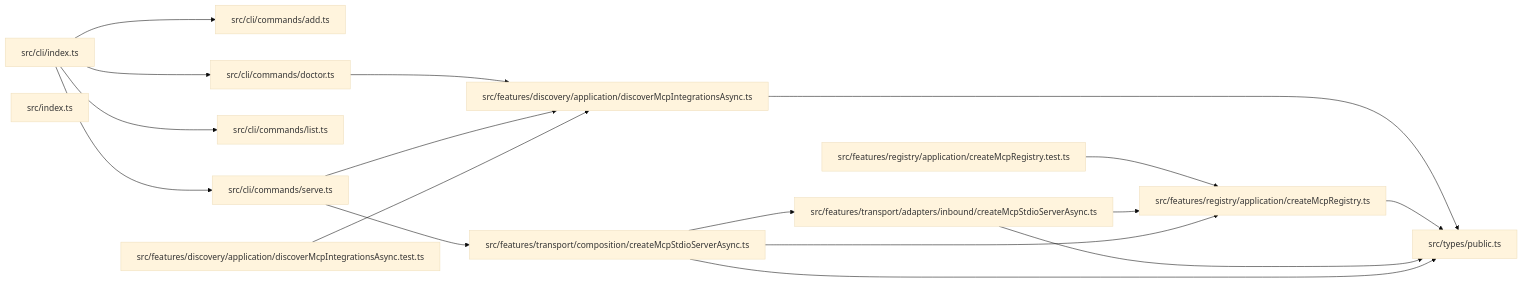
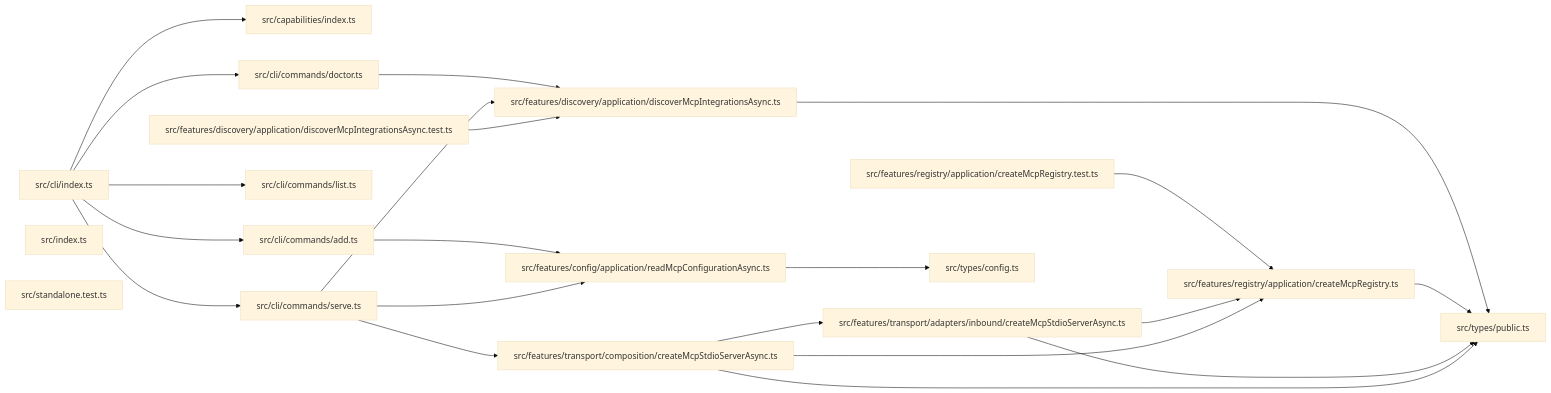
Before and after one commit to ankhorage/mcp: the diagram in paradox/diagrams/module-relationships.mmd, drawn with Mermaid (base theme). The commit also changed 12 other files, not shown here.

```diff
--- a/paradox/diagrams/module-relationships.mmd
+++ b/paradox/diagrams/module-relationships.mmd
@@ -1,30 +1,38 @@
 graph LR
+  module_src_capabilities_index_ts["src/capabilities/index.ts"]
   module_src_cli_commands_add_ts["src/cli/commands/add.ts"]
   module_src_cli_commands_doctor_ts["src/cli/commands/doctor.ts"]
   module_src_cli_commands_list_ts["src/cli/commands/list.ts"]
   module_src_cli_commands_serve_ts["src/cli/commands/serve.ts"]
   module_src_cli_index_ts["src/cli/index.ts"]
+  module_src_features_config_application_readMcpConfigurationAsync_ts["src/features/config/application/readMcpConfigurationAsync.ts"]
   module_src_features_discovery_application_discoverMcpIntegrationsAsync_test_ts["src/features/discovery/application/discoverMcpIntegrationsAsync.test.ts"]
   module_src_features_discovery_application_discoverMcpIntegrationsAsync_ts["src/features/discovery/application/discoverMcpIntegrationsAsync.ts"]
   module_src_features_registry_application_createMcpRegistry_test_ts["src/features/registry/application/createMcpRegistry.test.ts"]
   module_src_features_registry_application_createMcpRegistry_ts["src/features/registry/application/createMcpRegistry.ts"]
   module_src_features_transport_adapters_inbound_createMcpStdioServerAsync_ts["src/features/transport/adapters/inbound/createMcpStdioServerAsync.ts"]
   module_src_features_transport_composition_createMcpStdioServerAsync_ts["src/features/transport/composition/createMcpStdioServerAsync.ts"]
   module_src_index_ts["src/index.ts"]
+  module_src_standalone_test_ts["src/standalone.test.ts"]
+  module_src_types_config_ts["src/types/config.ts"]
   module_src_types_public_ts["src/types/public.ts"]
+  module_src_cli_commands_add_ts --> module_src_features_config_application_readMcpConfigurationAsync_ts
   module_src_cli_commands_doctor_ts --> module_src_features_discovery_application_discoverMcpIntegrationsAsync_ts
+  module_src_cli_commands_serve_ts --> module_src_features_config_application_readMcpConfigurationAsync_ts
   module_src_cli_commands_serve_ts --> module_src_features_discovery_application_discoverMcpIntegrationsAsync_ts
   module_src_cli_commands_serve_ts --> module_src_features_transport_composition_createMcpStdioServerAsync_ts
+  module_src_cli_index_ts --> module_src_capabilities_index_ts
   module_src_cli_index_ts --> module_src_cli_commands_add_ts
   module_src_cli_index_ts --> module_src_cli_commands_doctor_ts
   module_src_cli_index_ts --> module_src_cli_commands_list_ts
   module_src_cli_index_ts --> module_src_cli_commands_serve_ts
+  module_src_features_config_application_readMcpConfigurationAsync_ts --> module_src_types_config_ts
   module_src_features_discovery_application_discoverMcpIntegrationsAsync_test_ts --> module_src_features_discovery_application_discoverMcpIntegrationsAsync_ts
   module_src_features_discovery_application_discoverMcpIntegrationsAsync_ts --> module_src_types_public_ts
   module_src_features_registry_application_createMcpRegistry_test_ts --> module_src_features_registry_application_createMcpRegistry_ts
   module_src_features_registry_application_createMcpRegistry_ts --> module_src_types_public_ts
   module_src_features_transport_adapters_inbound_createMcpStdioServerAsync_ts --> module_src_features_registry_application_createMcpRegistry_ts
   module_src_features_transport_adapters_inbound_createMcpStdioServerAsync_ts --> module_src_types_public_ts
   module_src_features_transport_composition_createMcpStdioServerAsync_ts --> module_src_features_registry_application_createMcpRegistry_ts
   module_src_features_transport_composition_createMcpStdioServerAsync_ts --> module_src_features_transport_adapters_inbound_createMcpStdioServerAsync_ts
   module_src_features_transport_composition_createMcpStdioServerAsync_ts --> module_src_types_public_ts
```
